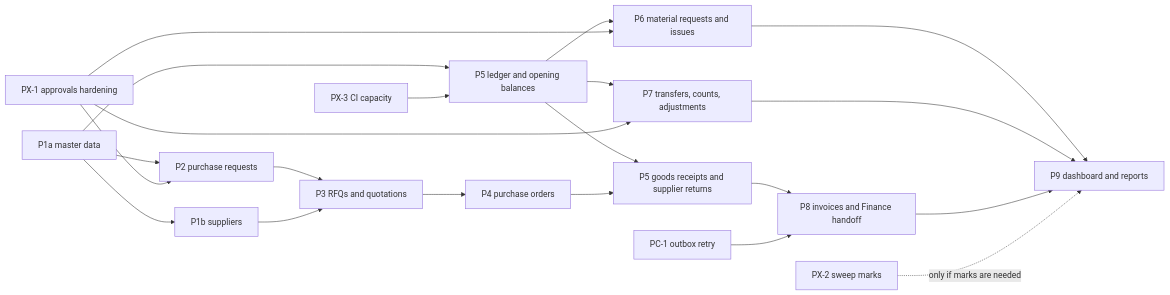
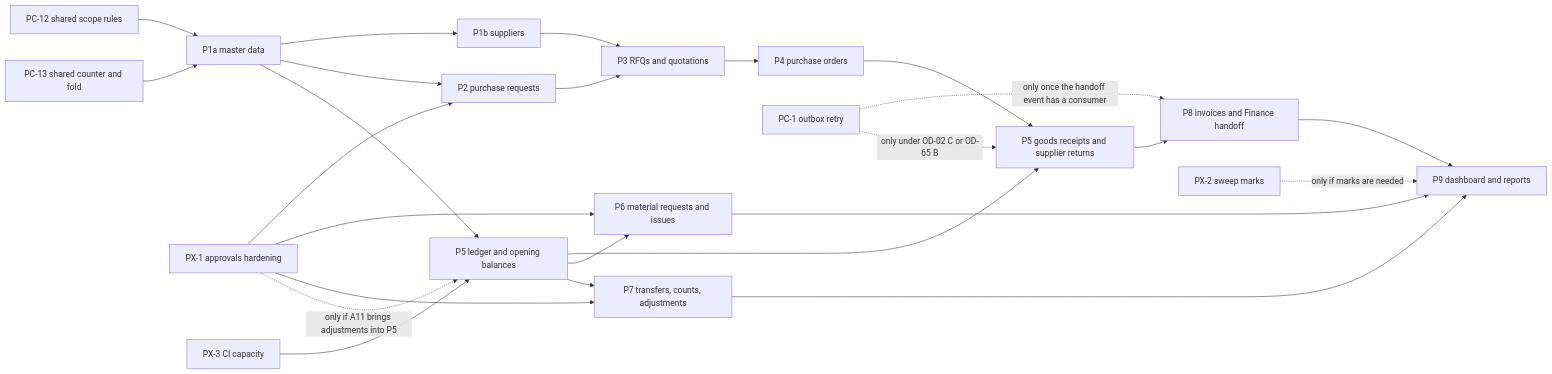
The diagram in docs/12-planning/administration-module-decisions-and-phases.md (egycashcompany-ops/egycash), drawn with Mermaid before and after one commit. The commit also changed other lines of this file and 3 other files, not shown here.

````diff
--- a/docs/12-planning/administration-module-decisions-and-phases.md
+++ b/docs/12-planning/administration-module-decisions-and-phases.md
@@ -1995,23 +2172,27 @@
 ```mermaid
 flowchart LR
   P1a["P1a master data"] --> P1b["P1b suppliers"]
+  PC12["PC-12 shared scope rules"] --> P1a
+  PC13["PC-13 shared counter and fold"] --> P1a
   P1a --> P2["P2 purchase requests"]
   PX1["PX-1 approvals hardening"] --> P2
   P2 --> P3["P3 RFQs and quotations"]
   P1b --> P3
   P3 --> P4["P4 purchase orders"]
   P1a --> P5L["P5 ledger and opening balances"]
   PX3["PX-3 CI capacity"] --> P5L
   P5L --> P5R["P5 goods receipts and supplier returns"]
   P4 --> P5R
   P5L --> P6["P6 material requests and issues"]
   P5L --> P7["P7 transfers, counts, adjustments"]
   PX1 --> P6
   PX1 --> P7
+  PX1 -.->|"only if A11 brings adjustments into P5"| P5L
   P5R --> P8["P8 invoices and Finance handoff"]
-  PC1["PC-1 outbox retry"] --> P8
+  PC1["PC-1 outbox retry"] -.->|"only once the handoff event has a consumer"| P8
+  PC1 -.->|"only under OD-02 C or OD-65 B"| P5R
   P6 --> P9["P9 dashboard and reports"]
   P7 --> P9
   P8 --> P9
   PX2["PX-2 sweep marks"] -.->|"only if marks are needed"| P9
 ```
````
